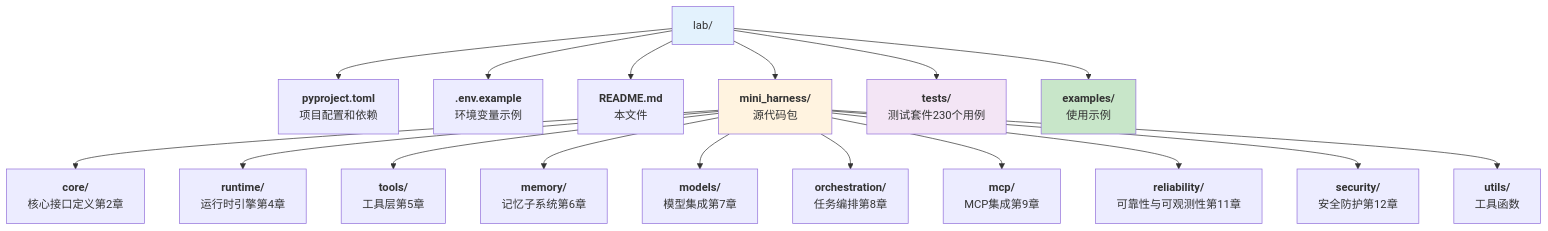
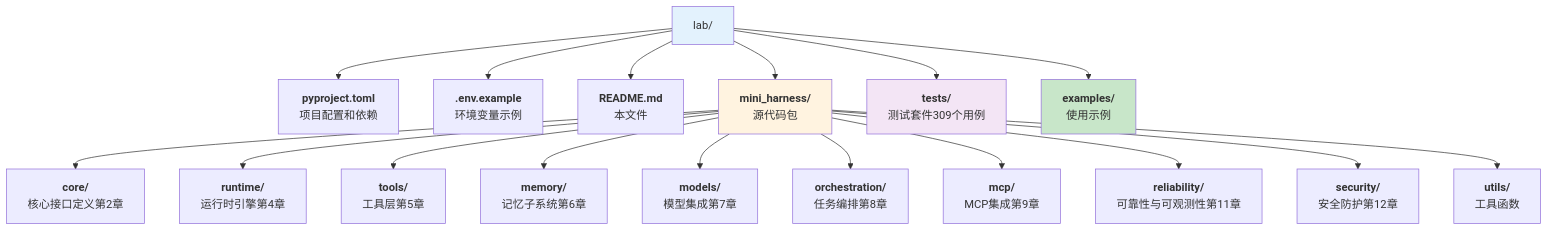
One commit to yeasy/harness_engineering_guide changed the diagram in lab/README.md. Above: the diagram before and after it, drawn with Mermaid. The commit also changed other lines of this file and 1 other file, not shown here.

Commit message:
Update MiniHarness test count

````diff
--- a/lab/README.md
+++ b/lab/README.md
@@ -27,28 +27,28 @@
 ```mermaid
 graph TD
     A["lab/"]
 
     A --> B["<b>pyproject.toml</b><br/>项目配置和依赖"]
     A --> C["<b>.env.example</b><br/>环境变量示例"]
     A --> D["<b>README.md</b><br/>本文件"]
 
     A --> E["<b>mini_harness/</b><br/>源代码包"]
     E --> E1["<b>core/</b><br/>核心接口定义第2章"]
     E --> E2["<b>runtime/</b><br/>运行时引擎第4章"]
     E --> E3["<b>tools/</b><br/>工具层第5章"]
     E --> E4["<b>memory/</b><br/>记忆子系统第6章"]
     E --> E5["<b>models/</b><br/>模型集成第7章"]
     E --> E6["<b>orchestration/</b><br/>任务编排第8章"]
     E --> E7["<b>mcp/</b><br/>MCP集成第9章"]
     E --> E8["<b>reliability/</b><br/>可靠性与可观测性第11章"]
     E --> E9["<b>security/</b><br/>安全防护第12章"]
     E --> E10["<b>utils/</b><br/>工具函数"]
 
-    A --> F["<b>tests/</b><br/>测试套件230个用例"]
+    A --> F["<b>tests/</b><br/>测试套件309个用例"]
     A --> G["<b>examples/</b><br/>使用示例"]
 
     style A fill:#e3f2fd
     style E fill:#fff3e0
     style F fill:#f3e5f5
     style G fill:#c8e6c9
 ```
````
